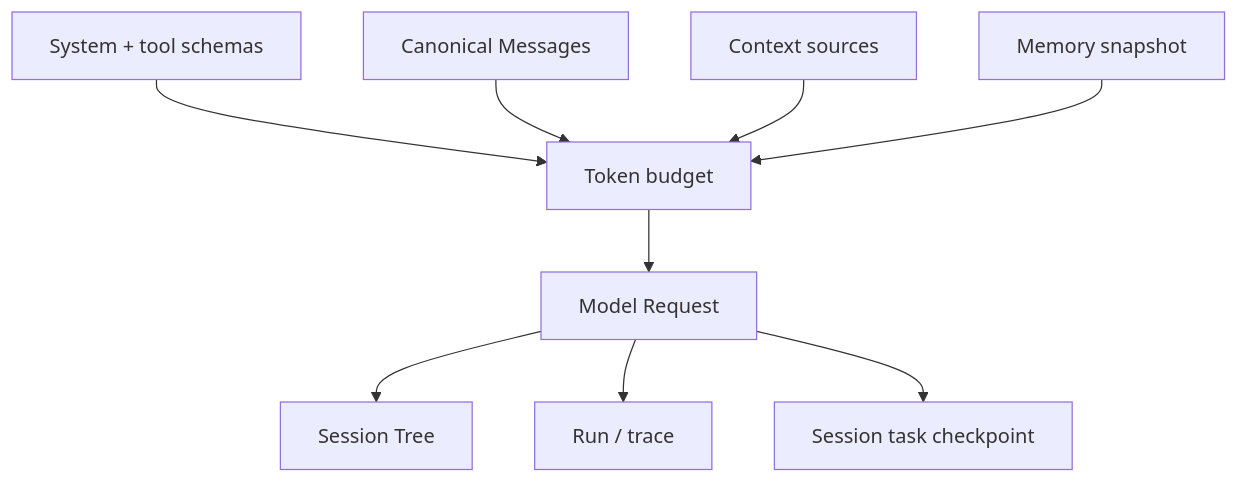
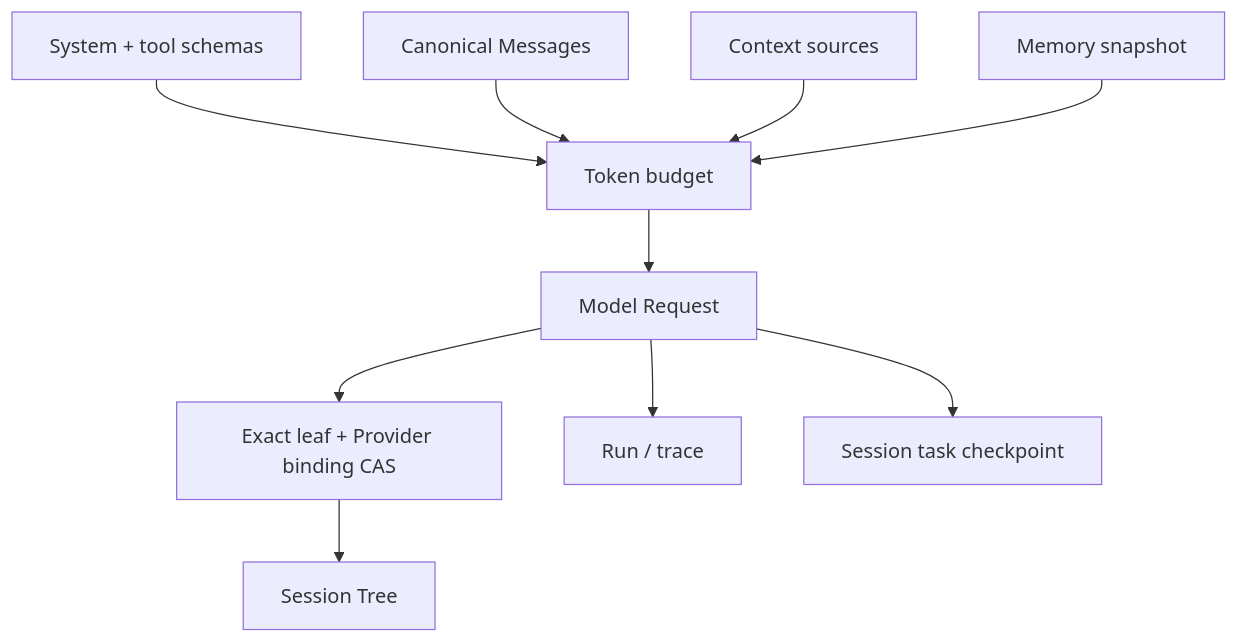
Before and after one commit to xiawiie/pony-code: the sixth of 6 diagrams in docs/architecture.md, drawn with Mermaid. The commit also changed other lines of this file and 8 other files, not shown here.

Commit message:
fix: bind provider responses to session snapshots

````diff
--- a/docs/architecture.md
+++ b/docs/architecture.md
@@ -285,11 +285,12 @@
 ```mermaid
 flowchart TB
     SM["System + tool schemas"] --> B["Token budget"]
     CM["Canonical Messages"] --> B
     CS["Context sources"] --> B
     MM["Memory snapshot"] --> B
     B --> MR["Model Request"]
-    MR --> SS["Session Tree"]
+    MR --> CAS["Exact leaf + Provider binding CAS"]
+    CAS --> SS["Session Tree"]
     MR --> RS["Run / trace"]
     MR --> CP["Session task checkpoint"]
 ```
````
